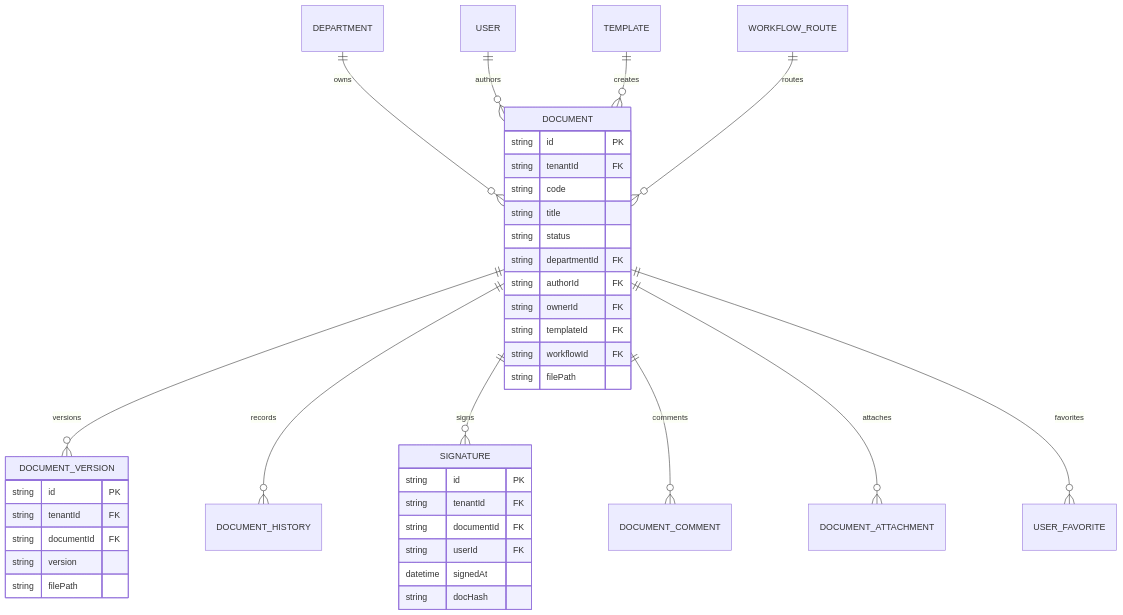
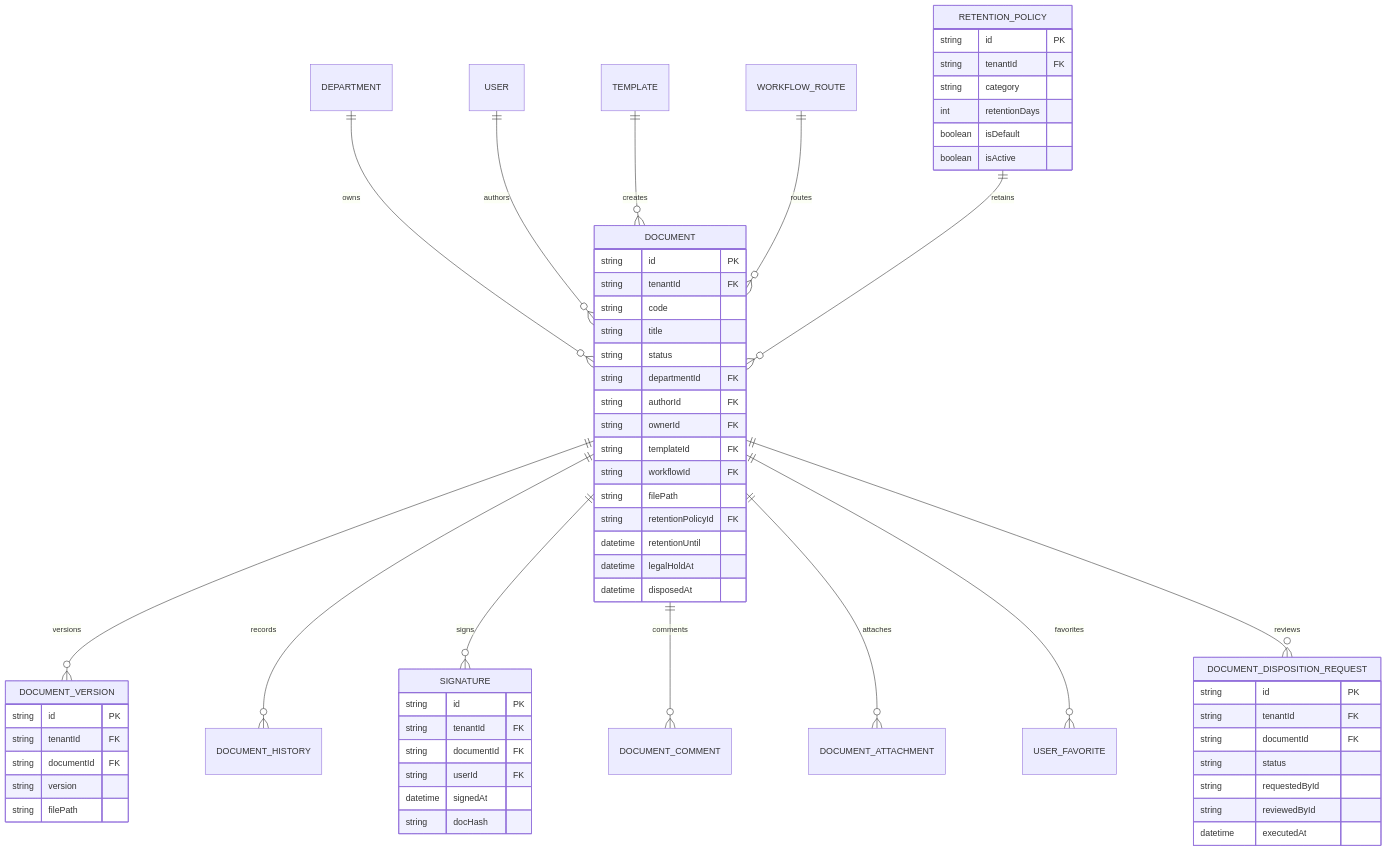
The fifth of 9 diagrams in docs/DATABASE_ARCHITECTURE.md (hn078/hoterra), drawn with Mermaid before and after one commit. The commit also changed other lines of this file and 296 other files, not shown here.

````diff
--- a/docs/DATABASE_ARCHITECTURE.md
+++ b/docs/DATABASE_ARCHITECTURE.md
@@ -153,42 +162,65 @@
 ```mermaid
 erDiagram
     DEPARTMENT ||--o{ DOCUMENT : owns
     USER ||--o{ DOCUMENT : authors
     TEMPLATE ||--o{ DOCUMENT : creates
     WORKFLOW_ROUTE ||--o{ DOCUMENT : routes
     DOCUMENT ||--o{ DOCUMENT_VERSION : versions
     DOCUMENT ||--o{ DOCUMENT_HISTORY : records
     DOCUMENT ||--o{ SIGNATURE : signs
     DOCUMENT ||--o{ DOCUMENT_COMMENT : comments
     DOCUMENT ||--o{ DOCUMENT_ATTACHMENT : attaches
     DOCUMENT ||--o{ USER_FAVORITE : favorites
+    RETENTION_POLICY ||--o{ DOCUMENT : retains
+    DOCUMENT ||--o{ DOCUMENT_DISPOSITION_REQUEST : reviews
 
     DOCUMENT {
         string id PK
         string tenantId FK
         string code
         string title
         string status
         string departmentId FK
         string authorId FK
         string ownerId FK
         string templateId FK
         string workflowId FK
         string filePath
+        string retentionPolicyId FK
+        datetime retentionUntil
+        datetime legalHoldAt
+        datetime disposedAt
     }
     DOCUMENT_VERSION {
         string id PK
         string tenantId FK
         string documentId FK
         string version
         string filePath
     }
     SIGNATURE {
         string id PK
         string tenantId FK
         string documentId FK
         string userId FK
         datetime signedAt
         string docHash
     }
+    RETENTION_POLICY {
+        string id PK
+        string tenantId FK
+        string category
+        int retentionDays
+        boolean isDefault
+        boolean isActive
+    }
+    DOCUMENT_DISPOSITION_REQUEST {
+        string id PK
+        string tenantId FK
+        string documentId FK
+        string status
+        string requestedById
+        string reviewedById
+        datetime executedAt
+    }
 ```
````
